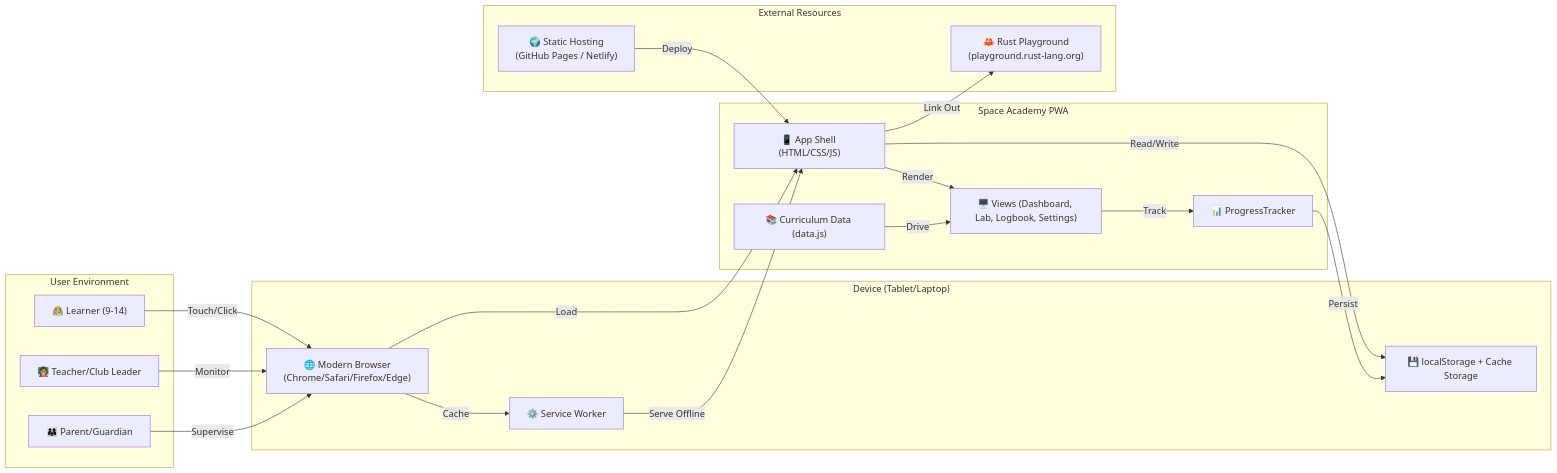
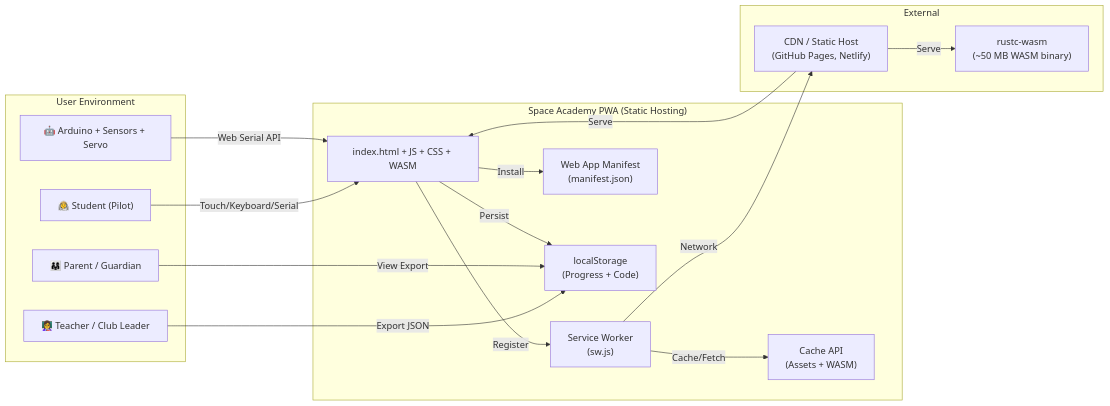
Before and after one commit to masardon/space-academy: the diagram in docs/01-BRD.md, drawn with Mermaid. The commit also changed other lines of this file and 1 other file, not shown here.

First line of the commit message:
fix(settings): make About and How to Use cards clickable

````diff
--- a/docs/01-BRD.md
+++ b/docs/01-BRD.md
@@ -158,41 +168,34 @@
 ```mermaid
 flowchart LR
-    subgraph User_Environment["User Environment"]
-        Kid["👨‍🚀 Learner (9-14)"]
-        Teacher["👩‍🏫 Teacher/Club Leader"]
-        Parent["👨‍👩‍👧 Parent/Guardian"]
+    subgraph "User Environment"
+        Student["👨‍🚀 Student (Pilot)"]
+        Teacher["👩‍🏫 Teacher / Club Leader"]
+        Parent["👨‍👩‍👧 Parent / Guardian"]
+        Arduino["🤖 Arduino + Sensors + Servo"]
     end
 
-    subgraph Device["Device (Tablet/Laptop)"]
-        Browser["🌐 Modern Browser\n(Chrome/Safari/Firefox/Edge)"]
-        Storage["💾 localStorage + Cache Storage"]
-        SW["⚙️ Service Worker"]
+    subgraph "Space Academy PWA (Static Hosting)"
+        SPA["index.html + JS + CSS + WASM"]
+        SW["Service Worker\n(sw.js)"]
+        Manifest["Web App Manifest\n(manifest.json)"]
+        Storage["localStorage\n(Progress + Code)"]
+        Cache["Cache API\n(Assets + WASM)"]
     end
 
-    subgraph Space_Academy["Space Academy PWA"]
-        App["📱 App Shell (HTML/CSS/JS)"]
-        Curriculum["📚 Curriculum Data (data.js)"]
-        Views["🖥️ Views (Dashboard, Lab, Logbook, Settings)"]
-        Progress["📊 ProgressTracker"]
+    subgraph "External"
+        CDN["CDN / Static Host\n(GitHub Pages, Netlify)"]
+        RustWASM["rustc-wasm\n(~50 MB WASM binary)"]
     end
 
-    subgraph External["External Resources"]
-        RustPlayground["🦀 Rust Playground\n(playground.rust-lang.org)"]
-        GitHubPages["🌍 Static Hosting\n(GitHub Pages / Netlify)"]
-    end
-
-    Kid -->|Touch/Click| Browser
-    Teacher -->|Monitor| Browser
-    Parent -->|Supervise| Browser
-
-    Browser -->|Load| App
-    Browser -->|Cache| SW
-    SW -->|Serve Offline| App
-    App -->|Read/Write| Storage
-    App -->|Render| Views
-    Views -->|Track| Progress
-    Progress -->|Persist| Storage
-    Curriculum -->|Drive| Views
-    App -->|Link Out| RustPlayground
-    GitHubPages -->|Deploy| App
+    Student -->|Touch/Keyboard/Serial| SPA
+    Teacher -->|Export JSON| Storage
+    Parent -->|View Export| Storage
+    Arduino -->|Web Serial API| SPA
+    SPA -->|Register| SW
+    SPA -->|Install| Manifest
+    SPA -->|Persist| Storage
+    SW -->|Cache/Fetch| Cache
+    SW -->|Network| CDN
+    CDN -->|Serve| RustWASM
+    CDN -->|Serve| SPA
 ```
````
